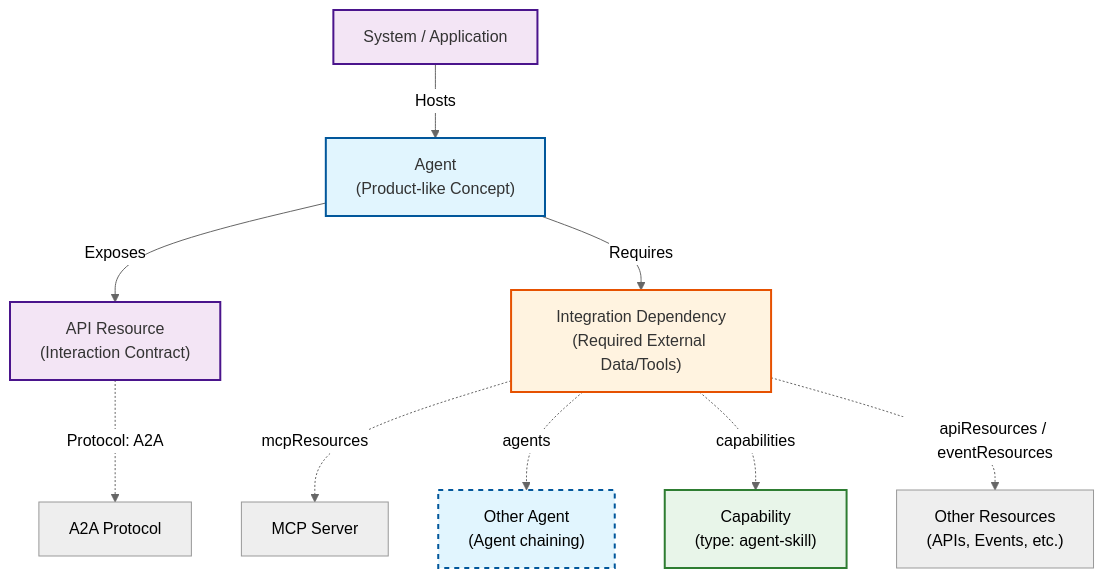
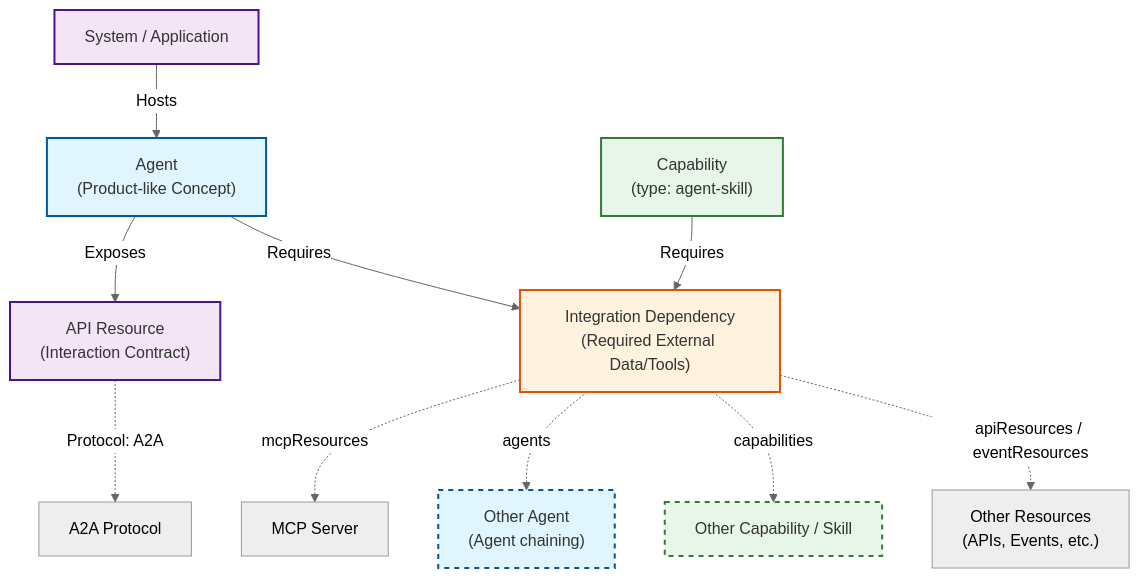
Before and after one commit to open-resource-discovery/specification: the diagram in docs/spec-v1/concepts/ai-agents-and-protocols.md, drawn with Mermaid (neutral theme). The commit also changed other lines of this file and 4 other files, not shown here.

````diff
--- a/docs/spec-v1/concepts/ai-agents-and-protocols.md
+++ b/docs/spec-v1/concepts/ai-agents-and-protocols.md
@@ -106,23 +106,26 @@
 ```mermaid
 graph TD
     classDef concept fill:#e1f5fe,stroke:#01579b,stroke-width:2px,color:#333;
     classDef tech fill:#f3e5f5,stroke:#4a148c,stroke-width:2px,color:#333;
     classDef dep fill:#fff3e0,stroke:#e65100,stroke-width:2px,color:#333;
-    classDef skill fill:#e8f5e9,stroke:#2e7d32,stroke-width:2px;
-    classDef agent2 fill:#e1f5fe,stroke:#01579b,stroke-width:2px,stroke-dasharray:5 5;
+    classDef skill fill:#e8f5e9,stroke:#2e7d32,stroke-width:2px,color:#333;
+    classDef agent2 fill:#e1f5fe,stroke:#01579b,stroke-width:2px,stroke-dasharray:5 5,color:#333;
+    classDef skill2 fill:#e8f5e9,stroke:#2e7d32,stroke-width:2px,stroke-dasharray:5 5,color:#333;
 
     Agent["Agent<br/>(Product-like Concept)"]:::concept
     System["System / Application"]:::tech
     API["API Resource<br/>(Interaction Contract)"]:::tech
+    Skill["Capability<br/>(type: agent-skill)"]:::skill
     Dep["Integration Dependency<br/>(Required External Data/Tools)"]:::dep
 
     System -- Hosts --> Agent
     Agent -- Exposes --> API
     Agent -- Requires --> Dep
+    Skill -- Requires --> Dep
 
     API -.->|Protocol: A2A| A2A[A2A Protocol]
     Dep -.->|mcpResources| MCP["MCP Server"]
     Dep -.->|agents| OtherAgent["Other Agent<br/>(Agent chaining)"]:::agent2
-    Dep -.->|capabilities| Skill["Capability<br/>(type: agent-skill)"]:::skill
+    Dep -.->|capabilities| OtherSkill["Other Capability / Skill"]:::skill2
     Dep -.->|apiResources / eventResources| Other["Other Resources<br/>(APIs, Events, etc.)"]
 ```
````
